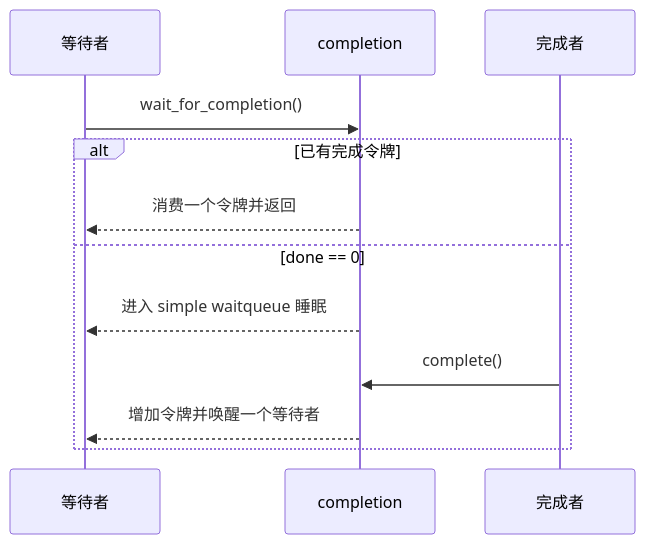
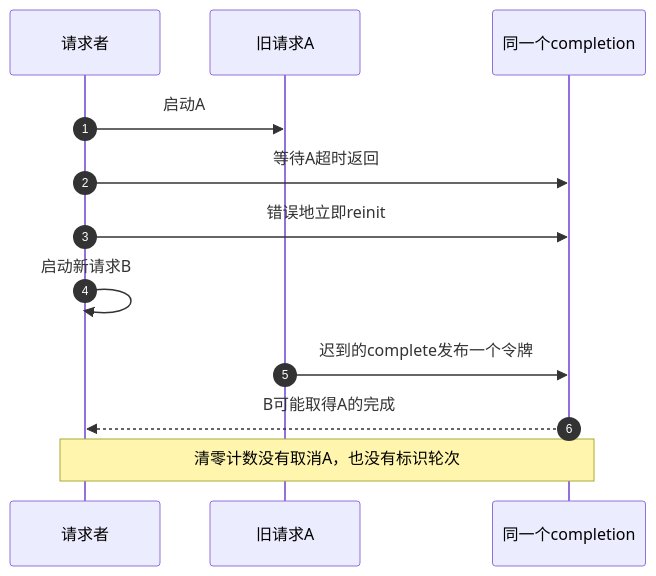
One commit to FormingSystem/linux_note changed the second of 3 diagrams in knowledge/linux/synchronization_and_asynchrony/synchronization/waiting_notification/P02_completion_完成量.md. Above: the diagram before and after it, drawn with Mermaid. The commit also changed other lines of this file and 9 other files, not shown here.

````diff
--- a/knowledge/linux/synchronization_and_asynchrony/synchronization/waiting_notification/P02_completion_完成量.md
+++ b/knowledge/linux/synchronization_and_asynchrony/synchronization/waiting_notification/P02_completion_完成量.md
@@ -22,14 +127,14 @@
 ```mermaid
 sequenceDiagram
-    participant W as 等待者
-    participant C as completion
-    participant P as 完成者
-    W->>C: wait_for_completion()
-    alt 已有完成令牌
-        C-->>W: 消费一个令牌并返回
-    else done == 0
-        C-->>W: 进入 simple waitqueue 睡眠
-        P->>C: complete()
-        C-->>W: 增加令牌并唤醒一个等待者
-    end
+    autonumber
+    participant W as 请求者
+    participant A as 旧请求A
+    participant C as 同一个completion
+    W->>A: 启动A
+    W->>C: 等待A超时返回
+    W->>C: 错误地立即reinit
+    W->>W: 启动新请求B
+    A->>C: 迟到的complete发布一个令牌
+    C-->>W: B可能取得A的完成
+    Note over W,C: 清零计数没有取消A，也没有标识轮次
 ```
````
